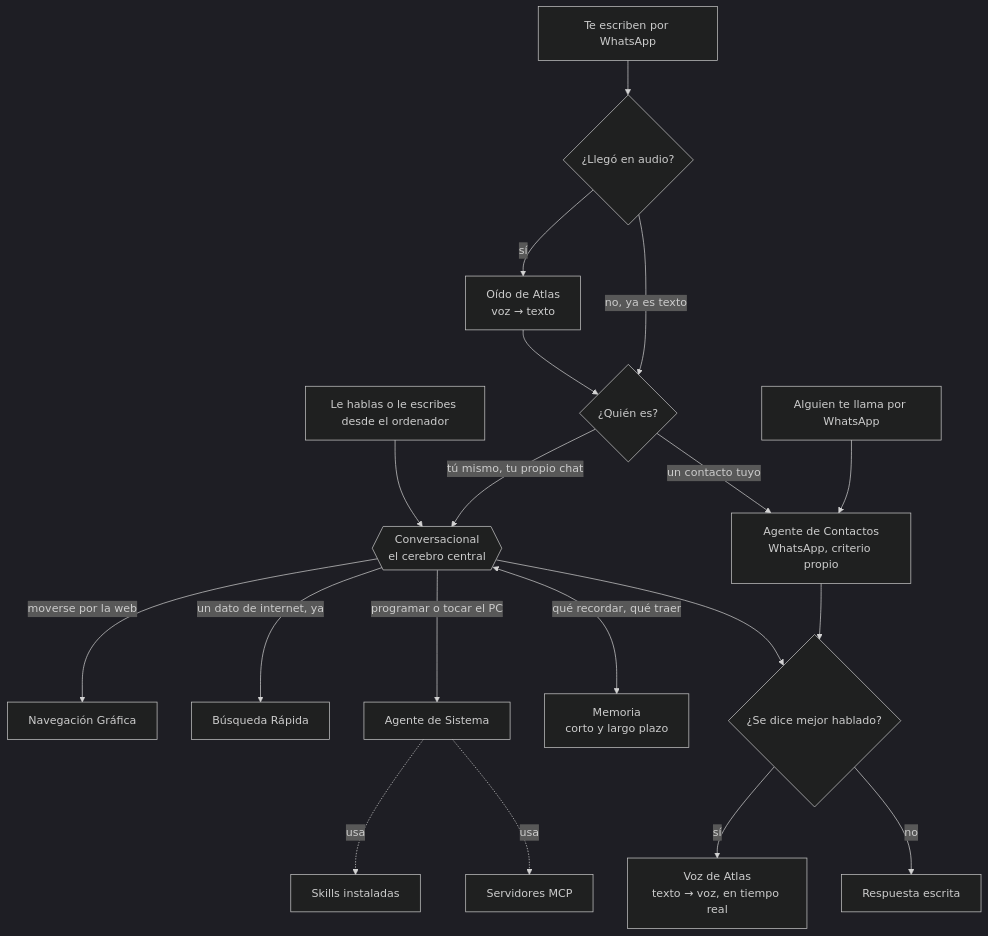
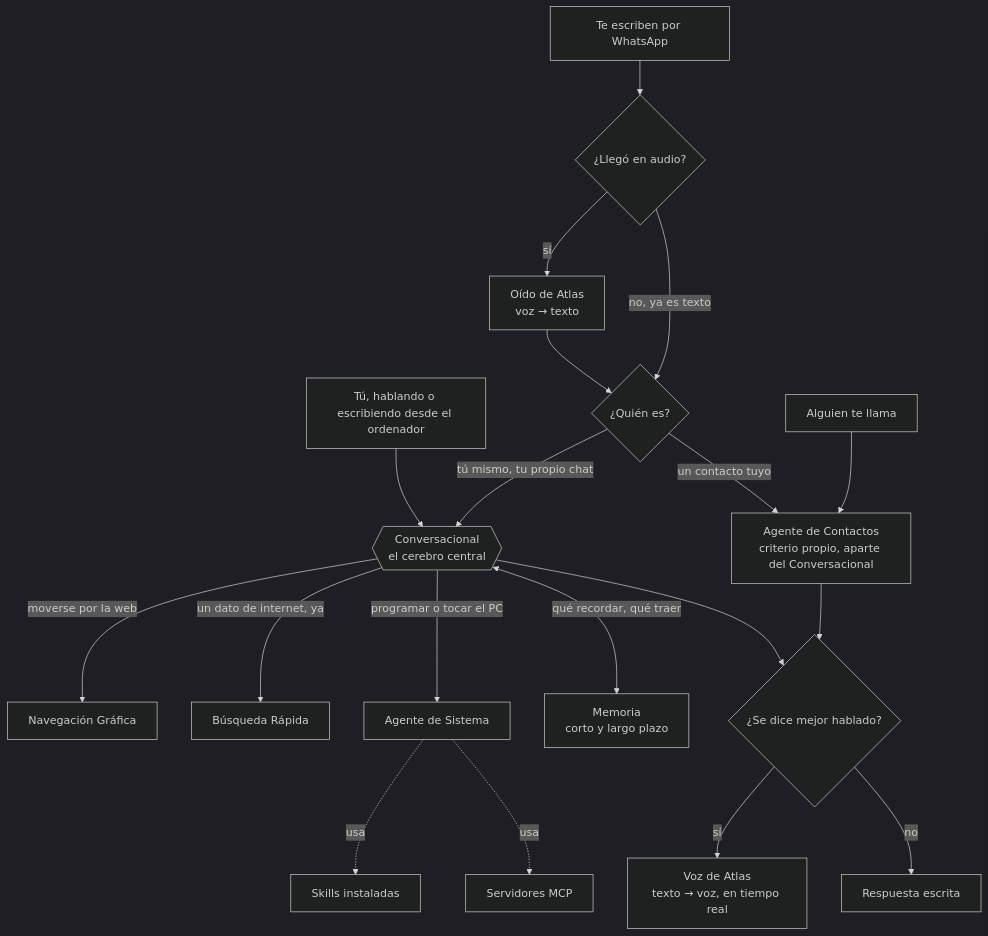
One commit to sharith45/atlas-Assistant changed the diagram in README.md. Above: the diagram before and after it, drawn with Mermaid (dark theme).

Commit message:
Vuelve al orden de lineas ya confirmado que renderiza en GitHub
El reordenamiento anterior (mismo grafo, otro orden de declaracion)
mostraba solo un recuadro pequeno en GitHub -- probado en mermaid.ink
que el grafo era valido, asi que es un tema del renderizador de
GitHub con el orden, no de sintaxis. Se vuelve a la version que ya
se verifico renderizando bien alli, moviendo solo la linea de forma
de Conversacional al principio.

````diff
--- a/README.md
+++ b/README.md
@@ -178,26 +178,25 @@
 ```mermaid
 flowchart TD
     CONV{{"Conversacional<br/>el cerebro central"}}
-    U1["Le hablas o le escribes desde el ordenador"] --> CONV
+    U1["Tú, hablando o escribiendo desde el ordenador"] --> CONV
+    U2["Te escriben por WhatsApp"] --> W2{"¿Llegó en audio?"}
+    W2 -->|"sí"| OIDO["Oído de Atlas<br/>voz → texto"]
+    W2 -->|"no, ya es texto"| W3
+    OIDO --> W3{"¿Quién es?"}
+    LLAM["Alguien te llama"] --> WAAG
+    W3 -->|"tú mismo, tu propio chat"| CONV
+    W3 -->|"un contacto tuyo"| WAAG["Agente de Contactos<br/>criterio propio, aparte del Conversacional"]
 
     CONV -->|"moverse por la web"| NAV["Navegación Gráfica"]
     CONV -->|"un dato de internet, ya"| BUS["Búsqueda Rápida"]
     CONV -->|"programar o tocar el PC"| SIS["Agente de Sistema"]
     CONV <-->|"qué recordar, qué traer"| MEM["Memoria<br/>corto y largo plazo"]
 
     SIS -.->|"usa"| SKI["Skills instaladas"]
     SIS -.->|"usa"| MCP["Servidores MCP"]
 
-    U2["Te escriben por WhatsApp"] --> W2{"¿Llegó en audio?"}
-    W2 -->|"sí"| OIDO["Oído de Atlas<br/>voz → texto"]
-    W2 -->|"no, ya es texto"| W3
-    OIDO --> W3{"¿Quién es?"}
-    LLAM["Alguien te llama por WhatsApp"] --> WAAG
-    W3 -->|"tú mismo, tu propio chat"| CONV
-    W3 -->|"un contacto tuyo"| WAAG["Agente de Contactos<br/>WhatsApp, criterio propio"]
-
     CONV --> SALIDA{"¿Se dice mejor hablado?"}
     WAAG --> SALIDA
     SALIDA -->|"sí"| VOZ["Voz de Atlas<br/>texto → voz, en tiempo real"]
     SALIDA -->|"no"| TXT["Respuesta escrita"]
 ```
````
